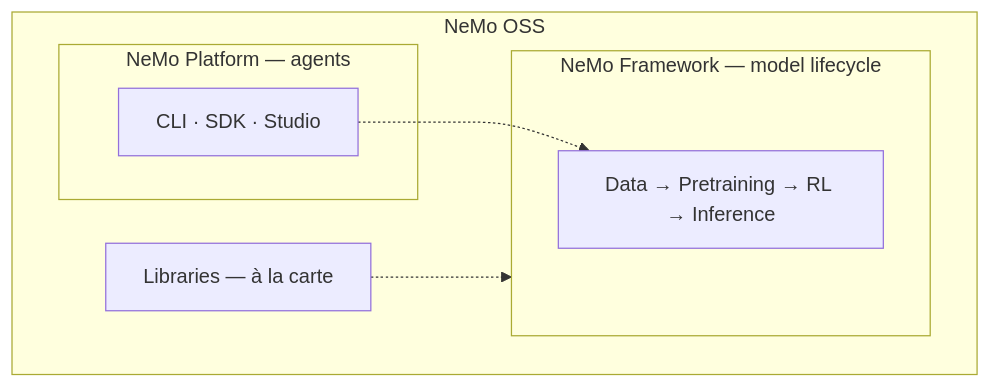
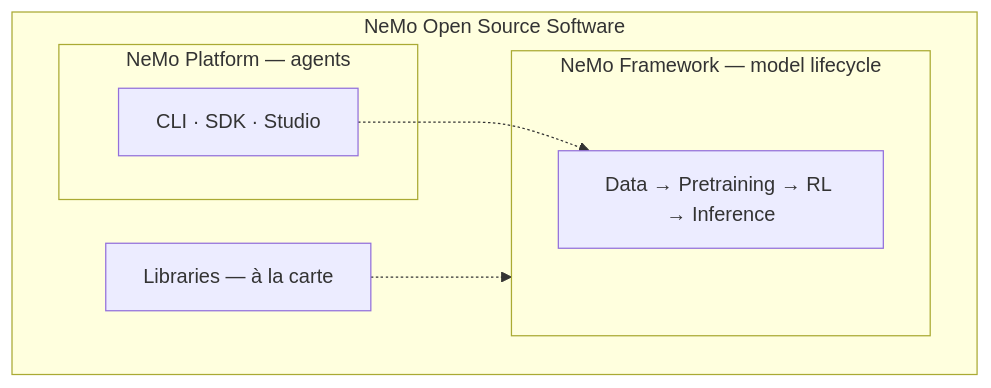
Before and after one commit to NVIDIA-NeMo/.github: the first of 3 diagrams in fern/docs/pages/about/architecture.mdx, drawn with Mermaid. The commit also changed other lines of this file and 20 other files, not shown here.

First line of the commit message:
Spell out NeMo OSS as NeMo Open Source Software; add Notes column to org README

````diff
--- a/fern/docs/pages/about/architecture.mdx
+++ b/fern/docs/pages/about/architecture.mdx
@@ -27,15 +27,15 @@
 ```mermaid
 flowchart TB
-    subgraph oss ["NeMo OSS"]
+    subgraph oss ["NeMo Open Source Software"]
         LIBS["Libraries — à la carte"]
         subgraph fw ["NeMo Framework — model lifecycle"]
             PIPE["Data → Pretraining → RL → Inference"]
         end
         subgraph plat ["NeMo Platform — agents"]
             PCLI["CLI · SDK · Studio"]
         end
     end
 
     LIBS -.-> fw
     PCLI -.-> PIPE
 ```
````
